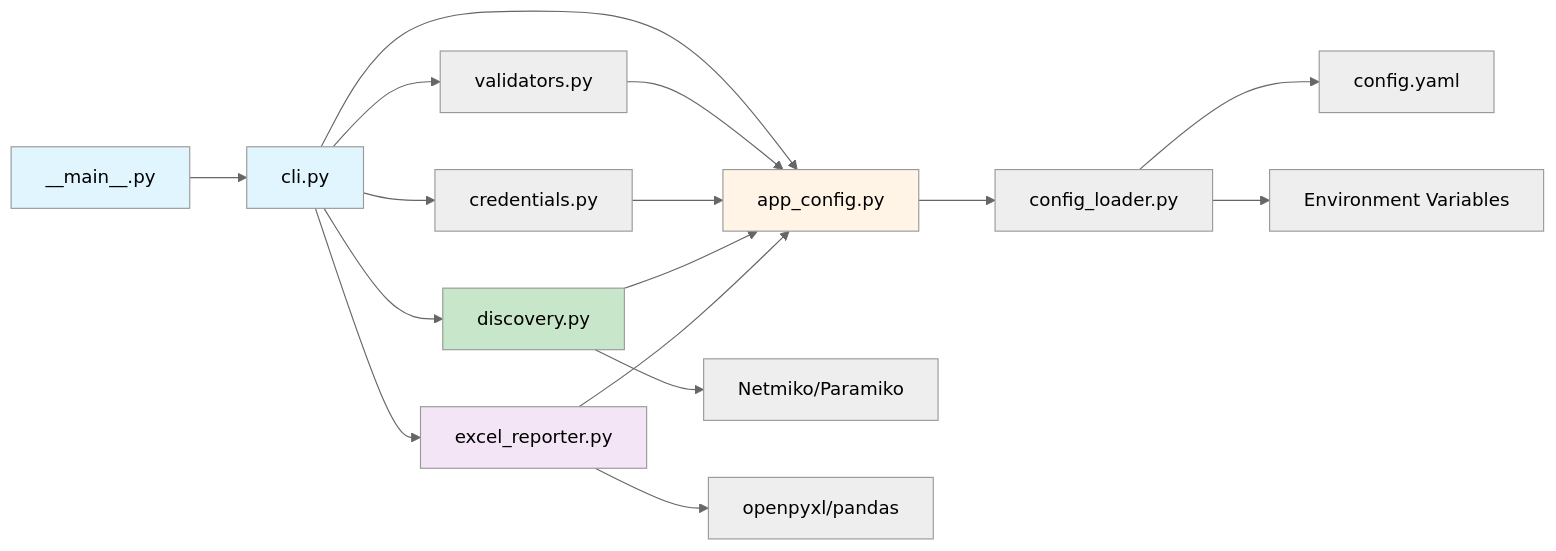
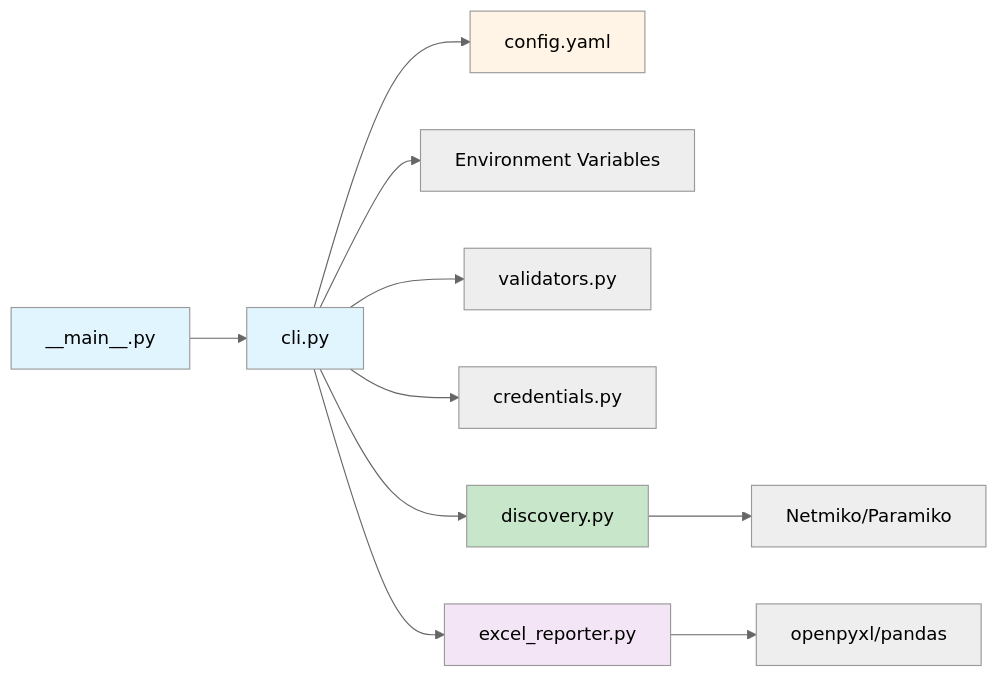
The diagram in docs/deep-dives/cdp-audit.md (Nautomation-Prime/nautomation-prime.github.io), drawn with Mermaid (neutral theme) before and after one commit. The commit also changed other lines of this file and 1 other file, not shown here.

Commit message:
Refactor configuration management for Cisco Compliance Audit: migrate to YAML with environment variable support, enhance directory structure, and update credential handling process.

````diff
--- a/docs/deep-dives/cdp-audit.md
+++ b/docs/deep-dives/cdp-audit.md
@@ -325,27 +315,19 @@
 ```mermaid
 graph LR
     Main[__main__.py] --> CLI[cli.py]
-    CLI --> Config[app_config.py]
+    CLI --> YAML[config.yaml]
+    CLI --> ENV[Environment Variables]
     CLI --> Validators[validators.py]
     CLI --> Credentials[credentials.py]
     CLI --> Discovery[discovery.py]
     CLI --> Reporter[excel_reporter.py]
-    
-    Config --> Loader[config_loader.py]
-    Loader --> YAML[config.yaml]
-    Loader --> ENV[Environment Variables]
-    
-    Validators --> Config
-    Credentials --> Config
-    Discovery --> Config
-    Reporter --> Config
-    
+
     Discovery --> Netmiko[Netmiko/Paramiko]
     Reporter --> Excel[openpyxl/pandas]
-    
+
     style Main fill:#e1f5ff
     style CLI fill:#e1f5ff
-    style Config fill:#fff4e6
+    style YAML fill:#fff4e6
     style Discovery fill:#c8e6c9
     style Reporter fill:#f3e5f5
 ```
````
